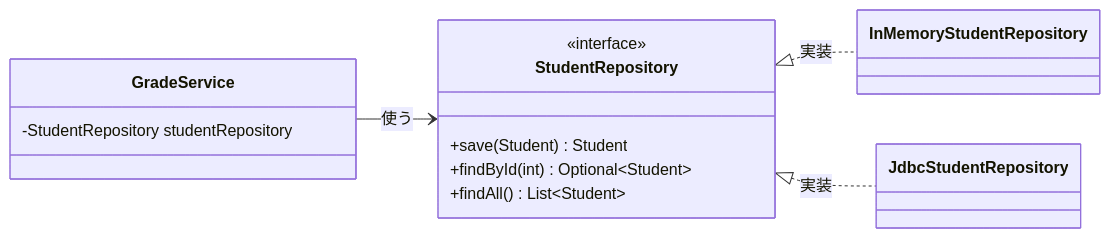
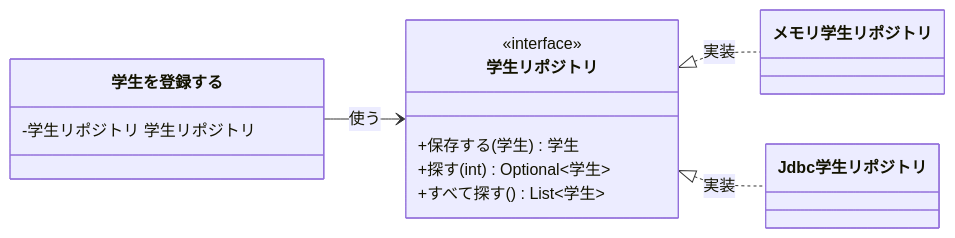
The fourth of 6 diagrams in 4層アーキテクチャ/03_依存の向きとインタフェース.md (YTS0418/PRMN_SYSTEM_Lecture), drawn with Mermaid before and after one commit. The commit also changed other lines of this file and 14 other files, not shown here.

````diff
--- a/4層アーキテクチャ/03_依存の向きとインタフェース.md
+++ b/4層アーキテクチャ/03_依存の向きとインタフェース.md
@@ -119,18 +119,18 @@
 ```mermaid
 classDiagram
     direction LR
-    class GradeService {
-        -StudentRepository studentRepository
+    class 学生を登録する {
+        -学生リポジトリ 学生リポジトリ
     }
-    class StudentRepository {
+    class 学生リポジトリ {
         <<interface>>
-        +save(Student) Student
-        +findById(int) Optional~Student~
-        +findAll() List~Student~
+        +保存する(学生) 学生
+        +探す(int) Optional~学生~
+        +すべて探す() List~学生~
     }
-    class InMemoryStudentRepository
-    class JdbcStudentRepository
-    GradeService --> StudentRepository : 使う
-    StudentRepository <|.. InMemoryStudentRepository : 実装
-    StudentRepository <|.. JdbcStudentRepository : 実装
+    class メモリ学生リポジトリ
+    class Jdbc学生リポジトリ
+    学生を登録する --> 学生リポジトリ : 使う
+    学生リポジトリ <|.. メモリ学生リポジトリ : 実装
+    学生リポジトリ <|.. Jdbc学生リポジトリ : 実装
 ```
````
